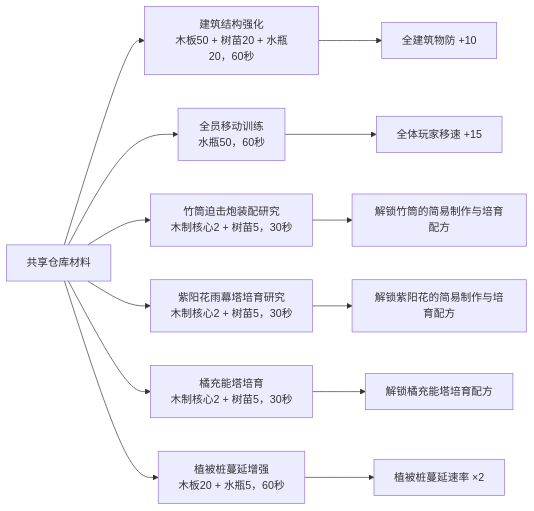
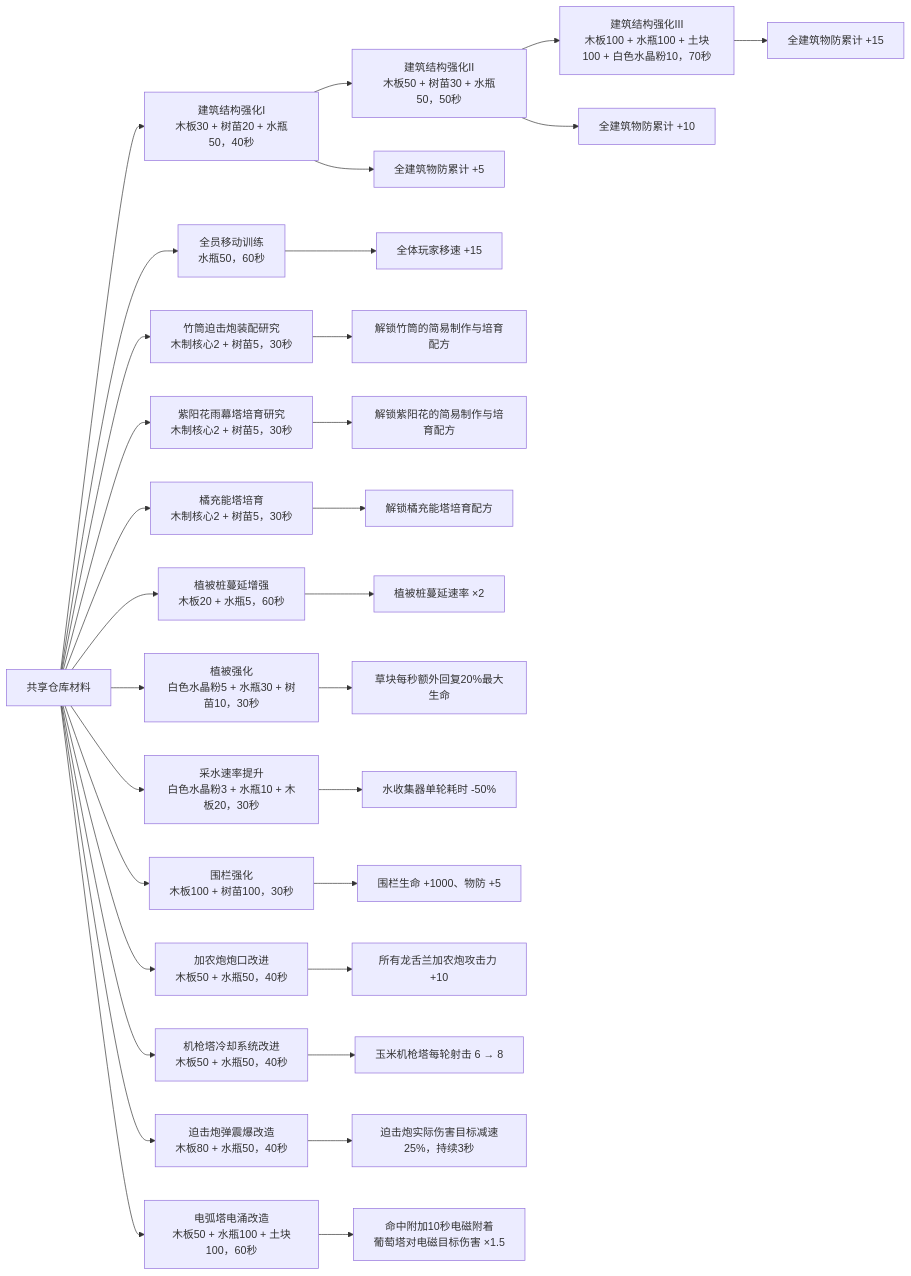
Before and after one commit to wanheng20031114/arc-nice: the eighth of 9 diagrams in reports/tower_defense_production_flow.md, drawn with Mermaid. The commit also changed other lines of this file, not shown here.

Commit message:
同步十五项科研与塔防生产流程说明

````diff
--- a/reports/tower_defense_production_flow.md
+++ b/reports/tower_defense_production_flow.md
@@ -263,16 +263,34 @@
 ```mermaid
 flowchart LR
-    S["共享仓库材料"] --> R1["建筑结构强化<br/>木板50 + 树苗20 + 水瓶20，60秒"]
+    S["共享仓库材料"] --> R1["建筑结构强化I<br/>木板30 + 树苗20 + 水瓶50，40秒"]
+    R1 --> R1B["建筑结构强化II<br/>木板50 + 树苗30 + 水瓶50，50秒"]
+    R1B --> R1C["建筑结构强化III<br/>木板100 + 水瓶100 + 土块100 + 白色水晶粉10，70秒"]
     S --> R2["全员移动训练<br/>水瓶50，60秒"]
     S --> R3["竹筒迫击炮装配研究<br/>木制核心2 + 树苗5，30秒"]
     S --> R4["紫阳花雨幕塔培育研究<br/>木制核心2 + 树苗5，30秒"]
     S --> R5["橘充能塔培育<br/>木制核心2 + 树苗5，30秒"]
     S --> R6["植被桩蔓延增强<br/>木板20 + 水瓶5，60秒"]
+    S --> R7["植被强化<br/>白色水晶粉5 + 水瓶30 + 树苗10，30秒"]
+    S --> R8["采水速率提升<br/>白色水晶粉3 + 水瓶10 + 木板20，30秒"]
+    S --> R9["围栏强化<br/>木板100 + 树苗100，30秒"]
+    S --> R10["加农炮炮口改进<br/>木板50 + 水瓶50，40秒"]
+    S --> R11["机枪塔冷却系统改进<br/>木板50 + 水瓶50，40秒"]
+    S --> R12["迫击炮弹震爆改造<br/>木板80 + 水瓶50，40秒"]
+    S --> R13["电弧塔电涌改造<br/>木板50 + 水瓶100 + 土块100，60秒"]
 
-    R1 --> E1["全建筑物防 +10"]
+    R1 --> E1["全建筑物防累计 +5"]
+    R1B --> E1B["全建筑物防累计 +10"]
+    R1C --> E1C["全建筑物防累计 +15"]
     R2 --> E2["全体玩家移速 +15"]
     R3 --> E3["解锁竹筒的简易制作与培育配方"]
     R4 --> E4["解锁紫阳花的简易制作与培育配方"]
     R5 --> E5["解锁橘充能塔培育配方"]
     R6 --> E6["植被桩蔓延速率 ×2"]
+    R7 --> E7["草块每秒额外回复20%最大生命"]
+    R8 --> E8["水收集器单轮耗时 -50%"]
+    R9 --> E9["围栏生命 +1000、物防 +5"]
+    R10 --> E10["所有龙舌兰加农炮攻击力 +10"]
+    R11 --> E11["玉米机枪塔每轮射击 6 → 8"]
+    R12 --> E12["迫击炮实际伤害目标减速25%，持续3秒"]
+    R13 --> E13["命中附加10秒电磁附着<br/>葡萄塔对电磁目标伤害 ×1.5"]
 ```
````
